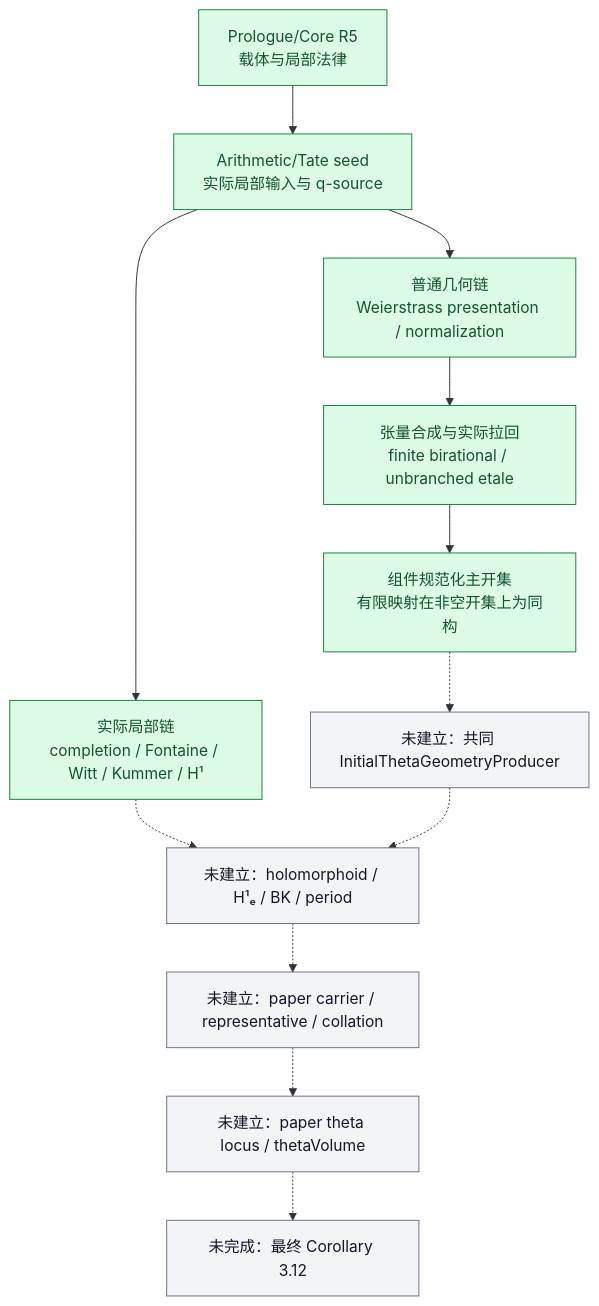
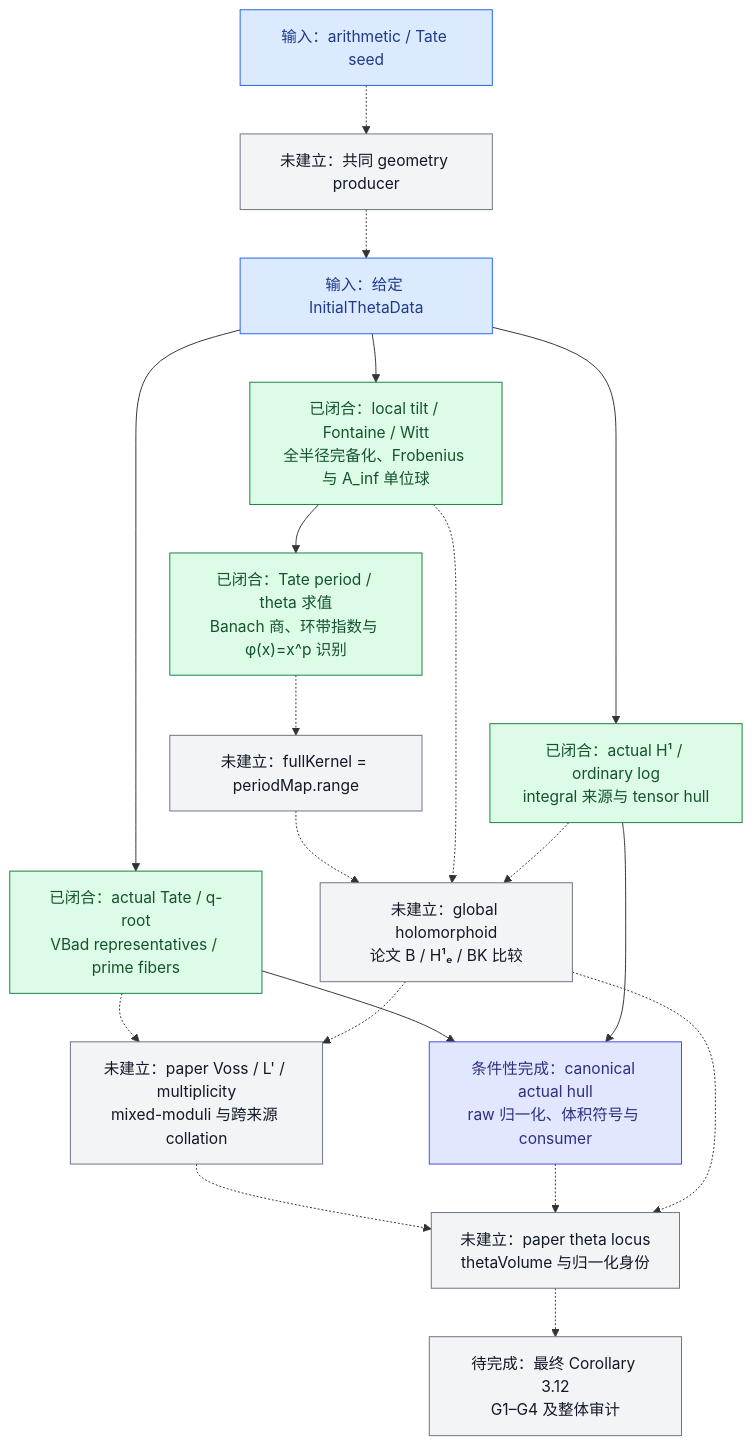
Before and after one commit to Ember-Institute/KirtiJoshi-abc: the diagram in docs/Scene1进度总览.md, drawn with Mermaid. The commit also changed other lines of this file, not shown here.

````diff
--- a/docs/Scene1进度总览.md
+++ b/docs/Scene1进度总览.md
@@ -48,20 +61,44 @@
 ```mermaid
 flowchart TD
-    A["Prologue/Core R5\n载体与局部法律"] --> B["Arithmetic/Tate seed\n实际局部输入与 q-source"]
-    B --> C["实际局部链\ncompletion / Fontaine / Witt / Kummer / H¹"]
-    B --> D["普通几何链\nWeierstrass presentation / normalization"]
-    D --> E["张量合成与实际拉回\nfinite birational / unbranched etale"]
-    E --> F["组件规范化主开集\n有限映射在非空开集上为同构"]
-    F -.-> G["未建立：共同 InitialThetaGeometryProducer"]
-    C -.-> H["未建立：holomorphoid / H¹ₑ / BK / period"]
-    G -.-> H
-    H -.-> I["未建立：paper carrier / representative / collation"]
-    I -.-> J["未建立：paper theta locus / thetaVolume"]
-    J -.-> K["未完成：最终 Corollary 3.12"]
+    S["输入：arithmetic / Tate seed"]
+    P["未建立：共同 geometry producer"]
+    D["输入：给定 InitialThetaData"]
+    Q["已闭合：actual Tate / q-root\nVBad representatives / prime fibers"]
+    F["已闭合：local tilt / Fontaine / Witt\n全半径完备化、Frobenius 与 A_inf 单位球"]
+    H["已闭合：actual H¹ / ordinary log\nintegral 来源与 tensor hull"]
+    T["已闭合：Tate period / theta 求值\nBanach 商、环带指数与 φ(x)=x^p 识别"]
+    K["未建立：fullKernel = periodMap.range"]
+    A["条件性完成：canonical actual hull\nraw 归一化、体积符号与 consumer"]
+    B["未建立：global holomorphoid\n论文 B / H¹ₑ / BK 比较"]
+    R["未建立：paper Voss / L' / multiplicity\nmixed-moduli 与跨来源 collation"]
+    V["未建立：paper theta locus\nthetaVolume 与归一化身份"]
+    C["待完成：最终 Corollary 3.12\nG1–G4 及整体审计"]
 
+    S -.-> P
+    P -.-> D
+    D --> Q
+    D --> F
+    D --> H
+    F --> T
+    T -.-> K
+    K -.-> B
+    F -.-> B
+    H -.-> B
+    Q --> A
+    H --> A
+    Q -.-> R
+    B -.-> R
+    R -.-> V
+    A -.-> V
+    B -.-> V
+    V -.-> C
+
+    classDef input fill:#dbeafe,stroke:#2563eb,color:#1e3a8a;
     classDef done fill:#dcfce7,stroke:#15803d,color:#14532d;
-    classDef partial fill:#fef3c7,stroke:#b45309,color:#78350f;
+    classDef conditional fill:#e0e7ff,stroke:#4f46e5,color:#312e81;
     classDef open fill:#f3f4f6,stroke:#6b7280,color:#111827;
-    class A,B,C,D,E,F done;
-    class G,H,I,J,K open;
+    class S,D input;
+    class Q,F,H,T done;
+    class A conditional;
+    class P,K,B,R,V,C open;
 ```
````
